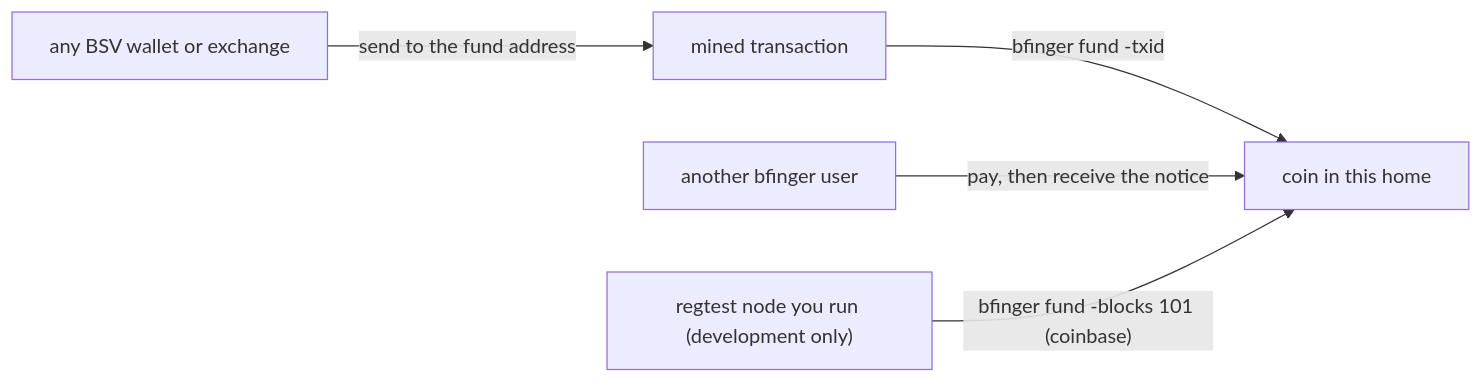
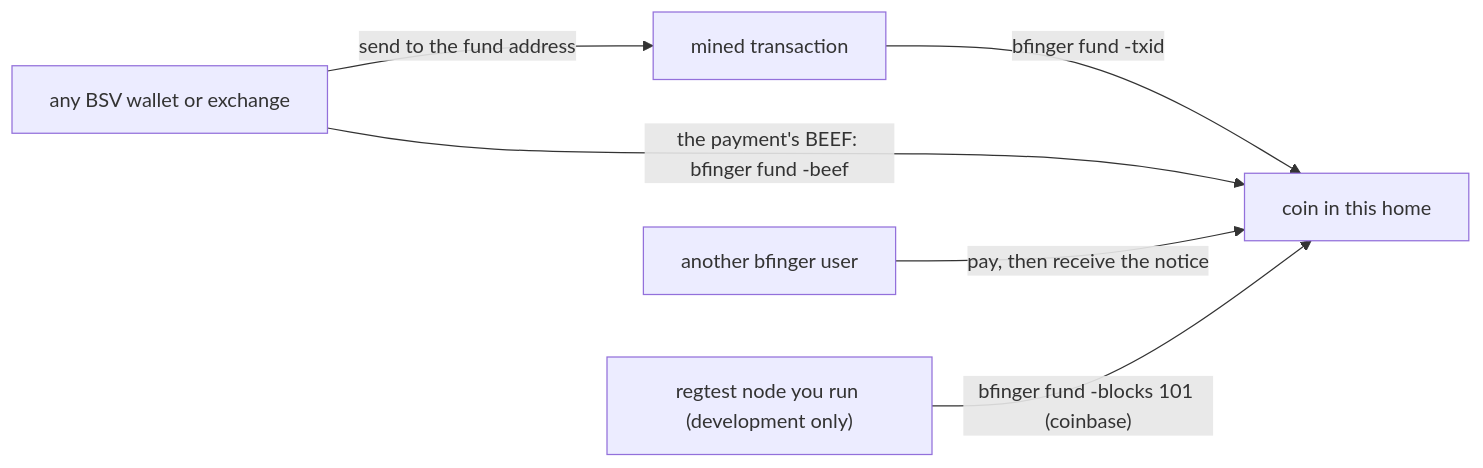
The fifth of 5 diagrams in docs/user-guide.md (lightwebinc/bfinger), drawn with Mermaid before and after one commit. The commit also changed other lines of this file and 10 other files, not shown here.

````diff
--- a/docs/user-guide.md
+++ b/docs/user-guide.md
@@ -456,7 +460,8 @@
 ```mermaid
 flowchart LR
   W["any BSV wallet or exchange"] -->|"send to the fund address"| T["mined transaction"]
   T -->|"bfinger fund -txid"| H["coin in this home"]
+  W -->|"the payment's BEEF: bfinger fund -beef"| H
   P["another bfinger user"] -->|"pay, then receive the notice"| H
   N["regtest node you run (development only)"] -->|"bfinger fund -blocks 101 (coinbase)"| H
 ```
````
